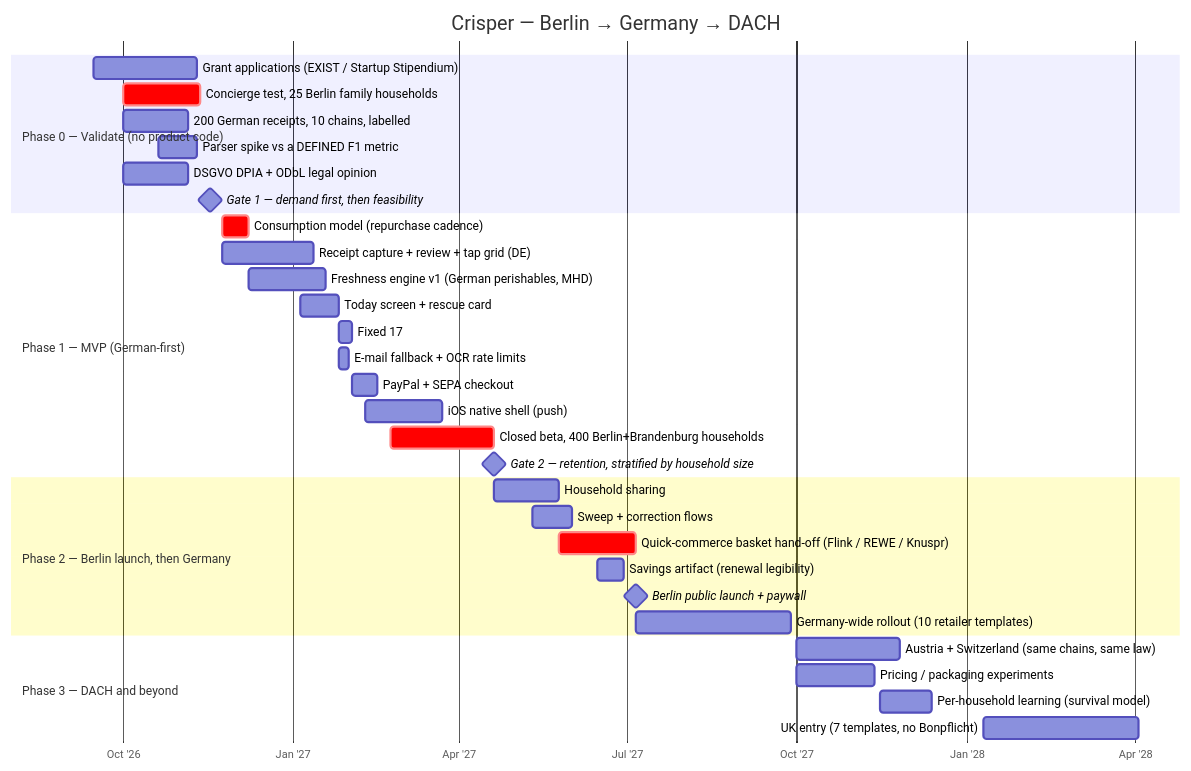
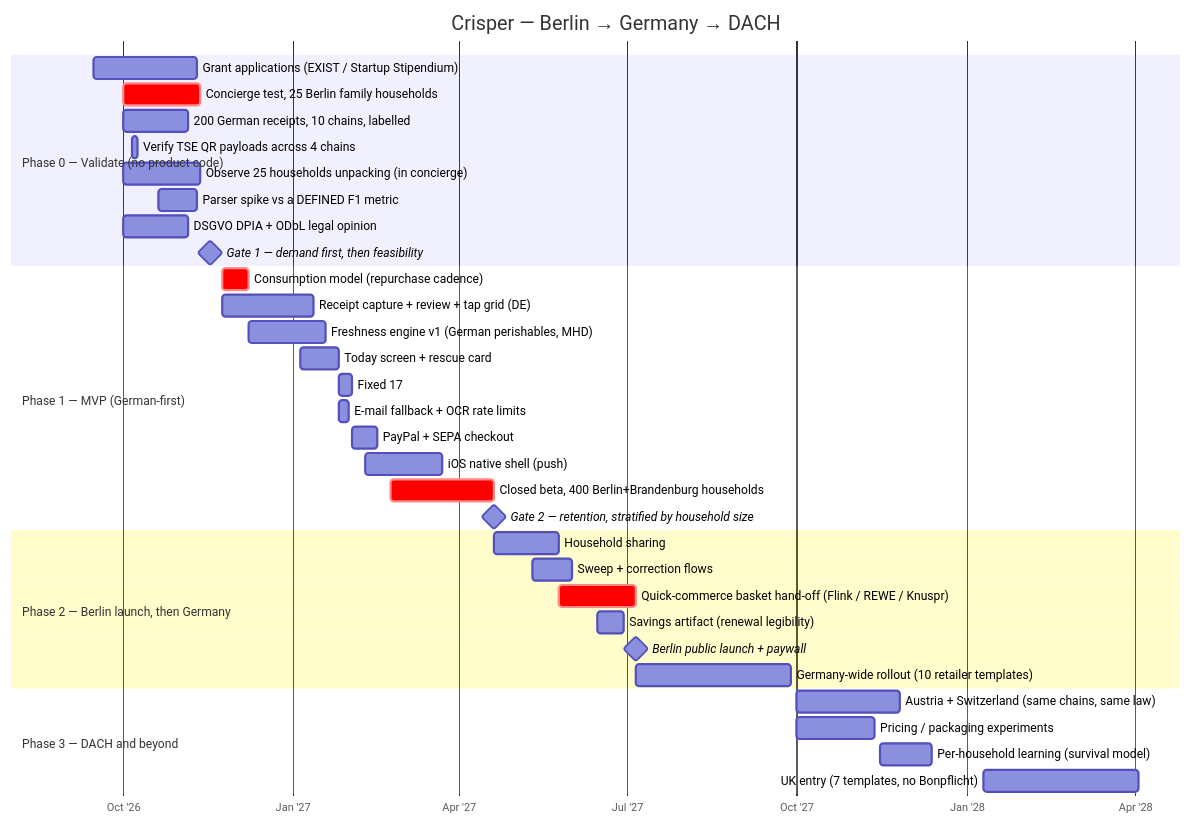
The second of 2 diagrams in docs/11-germany-berlin-market.md (Zogoo/scrapless), drawn with Mermaid before and after one commit. The commit also changed other lines of this file and 7 other files, not shown here.

````diff
--- a/docs/11-germany-berlin-market.md
+++ b/docs/11-germany-berlin-market.md
@@ -286,40 +305,42 @@
 ```mermaid
 gantt
     title Crisper — Berlin → Germany → DACH
     dateFormat YYYY-MM-DD
     axisFormat %b '%y
 
     section Phase 0 — Validate (no product code)
     Grant applications (EXIST / Startup Stipendium) :p0g, 2026-09-15, 56d
     Concierge test, 25 Berlin family households     :crit, p0a, 2026-10-01, 42d
     200 German receipts, 10 chains, labelled        :p0b, 2026-10-01, 35d
+    Verify TSE QR payloads across 4 chains          :p0q, 2026-10-06, 3d
+    Observe 25 households unpacking (in concierge)  :p0u, 2026-10-01, 42d
     Parser spike vs a DEFINED F1 metric             :p0c, 2026-10-20, 21d
     DSGVO DPIA + ODbL legal opinion                 :p0d, 2026-10-01, 35d
     Gate 1 — demand first, then feasibility         :milestone, g1, 2026-11-17, 0d
 
     section Phase 1 — MVP (German-first)
     Consumption model (repurchase cadence)          :crit, p1z, 2026-11-24, 14d
     Receipt capture + review + tap grid (DE)        :p1a, 2026-11-24, 49d
     Freshness engine v1 (German perishables, MHD)   :p1b, 2026-12-08, 42d
     Today screen + rescue card                      :p1c, 2027-01-05, 21d
     Fixed 17:00 send + durable counter              :p1d, 2027-01-26, 7d
     E-mail fallback + OCR rate limits               :p1g, 2027-01-26, 5d
     PayPal + SEPA checkout                          :p1p, 2027-02-02, 14d
     iOS native shell (push)                         :p1h, 2027-02-09, 42d
     Closed beta, 400 Berlin+Brandenburg households  :crit, p1f, 2027-02-23, 56d
     Gate 2 — retention, stratified by household size :milestone, g2, 2027-04-20, 0d
 
     section Phase 2 — Berlin launch, then Germany
     Household sharing                               :p2b, 2027-04-20, 35d
     Sweep + correction flows                        :p2c, 2027-05-11, 21d
     Quick-commerce basket hand-off (Flink / REWE / Knuspr) :crit, p2h, 2027-05-25, 42d
     Savings artifact (renewal legibility)           :p2f, 2027-06-15, 14d
     Berlin public launch + paywall                  :milestone, l1, 2027-07-06, 0d
     Germany-wide rollout (10 retailer templates)    :p2n, 2027-07-06, 84d
 
     section Phase 3 — DACH and beyond
     Austria + Switzerland (same chains, same law)   :p3a, 2027-10-01, 56d
     Pricing / packaging experiments                 :p3c, 2027-10-01, 42d
     Per-household learning (survival model)         :p3e, 2027-11-15, 28d
     UK entry (7 templates, no Bonpflicht)           :p3u, 2028-01-10, 84d
 ```
````
